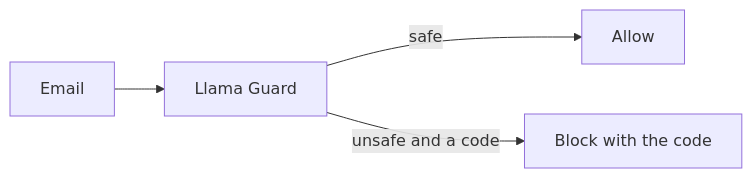
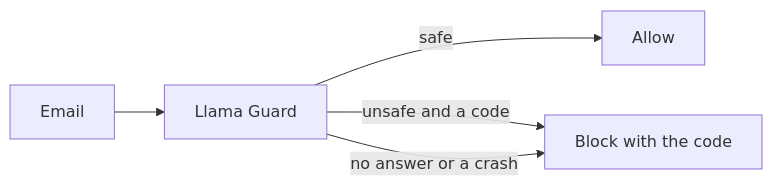
The diagram in parts/05-go-further/09-score-llama-guard/problem/README.md (learnwithparam/guardrails-workshop), drawn with Mermaid before and after one commit. The commit also changed other lines of this file and 43 other files, not shown here.

````diff
--- a/parts/05-go-further/09-score-llama-guard/problem/README.md
+++ b/parts/05-go-further/09-score-llama-guard/problem/README.md
@@ -12,6 +7,7 @@
 ```mermaid
 flowchart LR
   E[Email] --> LG[Llama Guard]
   LG -->|safe| A[Allow]
   LG -->|unsafe and a code| B[Block with the code]
+  LG -->|no answer or a crash| B
 ```
````
